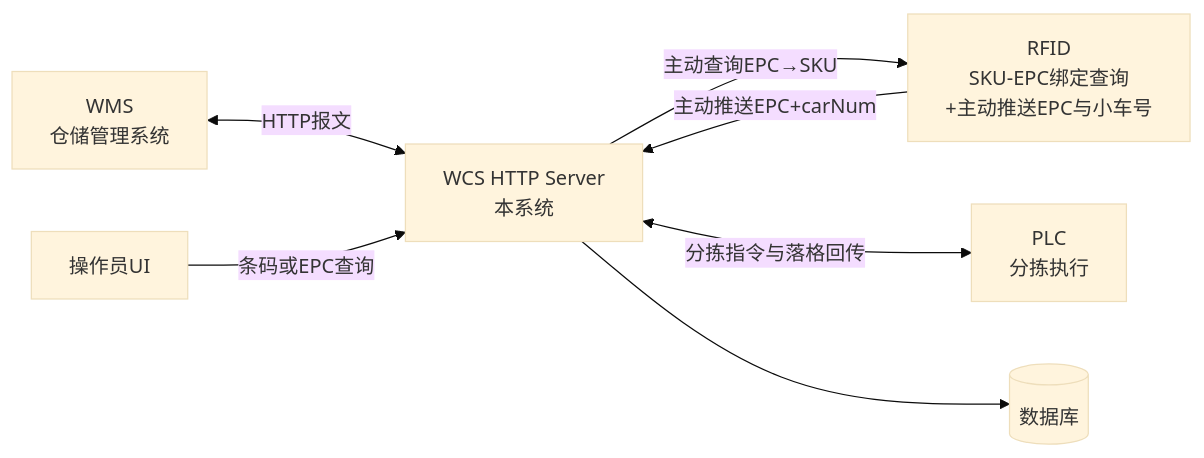
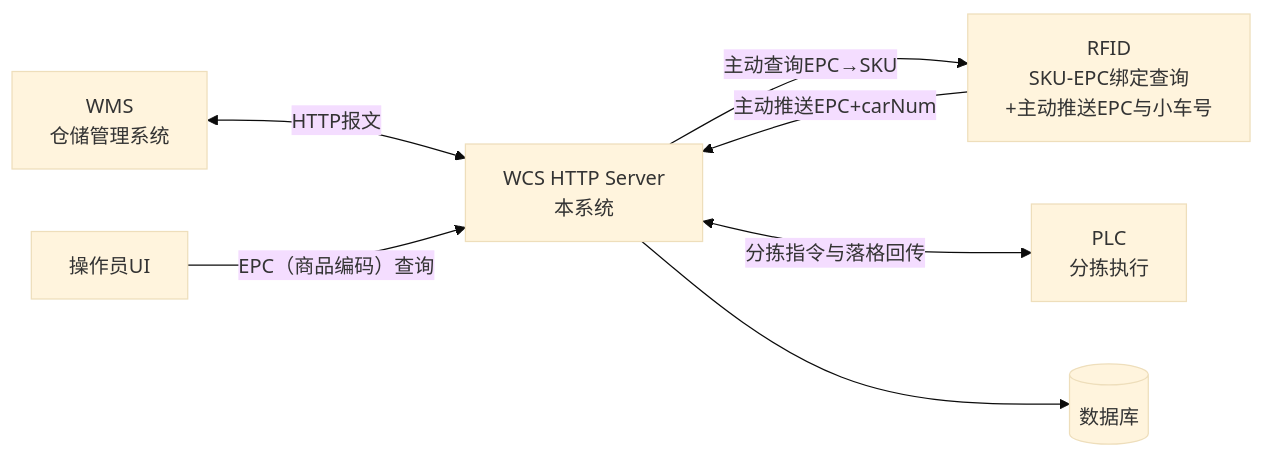
One commit to dryQAQ/WCSHttpServer changed the first of 12 diagrams in WCSHttpServer-材料/业务流程说明.md. Above: the diagram before and after it, drawn with Mermaid (base theme). The commit also changed other lines of this file and 68 other files, not shown here.

````diff
--- a/WCSHttpServer-材料/业务流程说明.md
+++ b/WCSHttpServer-材料/业务流程说明.md
@@ -30,16 +30,16 @@
 ```mermaid
 flowchart LR
     WMS["WMS<br/>仓储管理系统"]
     WCS["WCS HTTP Server<br/>本系统"]
     RFID["RFID<br/>SKU-EPC绑定查询<br/>+主动推送EPC与小车号"]
     PLC["PLC<br/>分拣执行"]
     UI["操作员UI"]
     DB[("数据库")]
 
     WMS <-->|"HTTP报文"| WCS
     WCS -->|"主动查询EPC→SKU"| RFID
     RFID -->|"主动推送EPC+carNum"| WCS
     WCS <-->|"分拣指令与落格回传"| PLC
     WCS --> DB
-    UI -->|"条码或EPC查询"| WCS
+    UI -->|"EPC（商品编码）查询"| WCS
 ```
````
